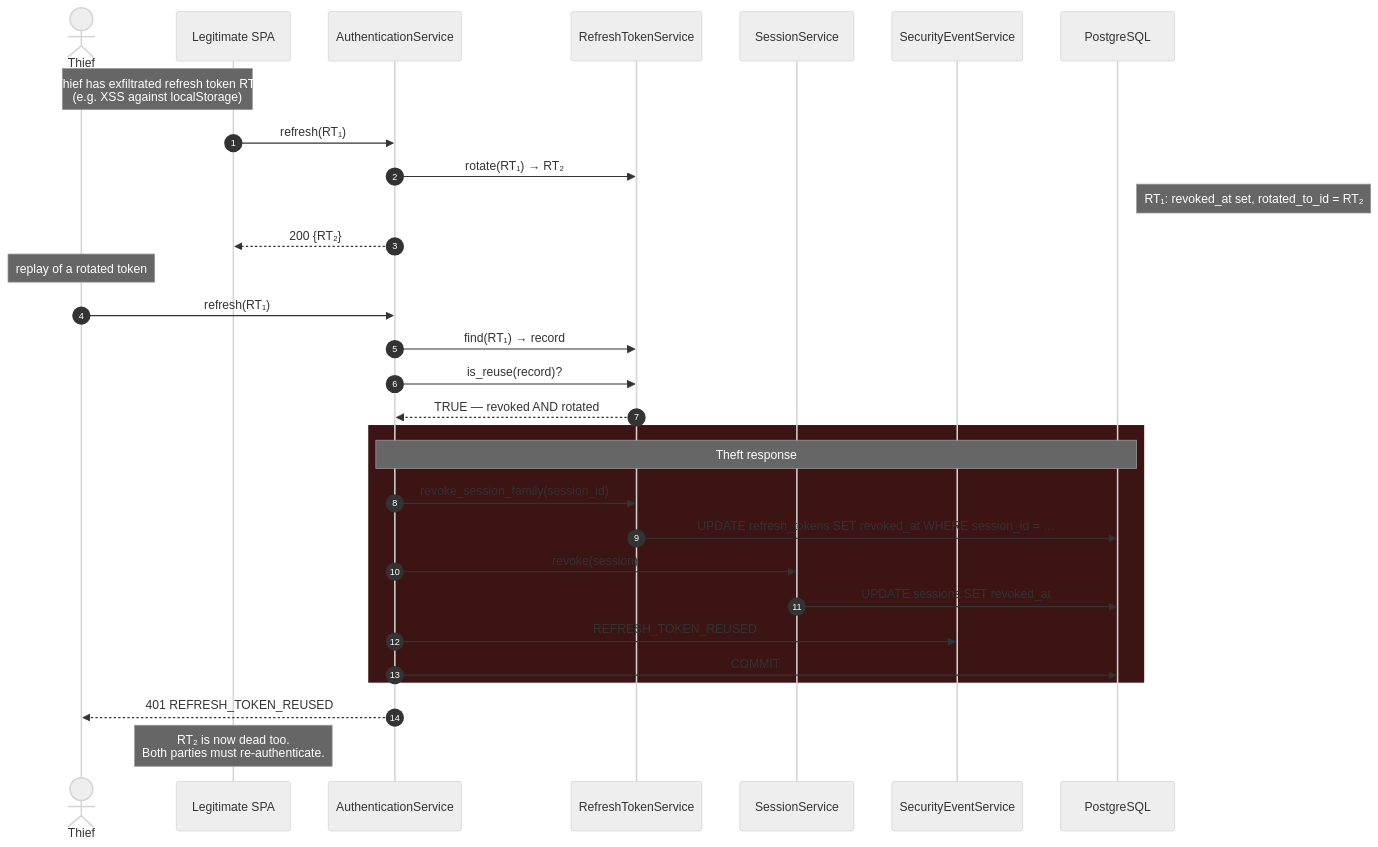
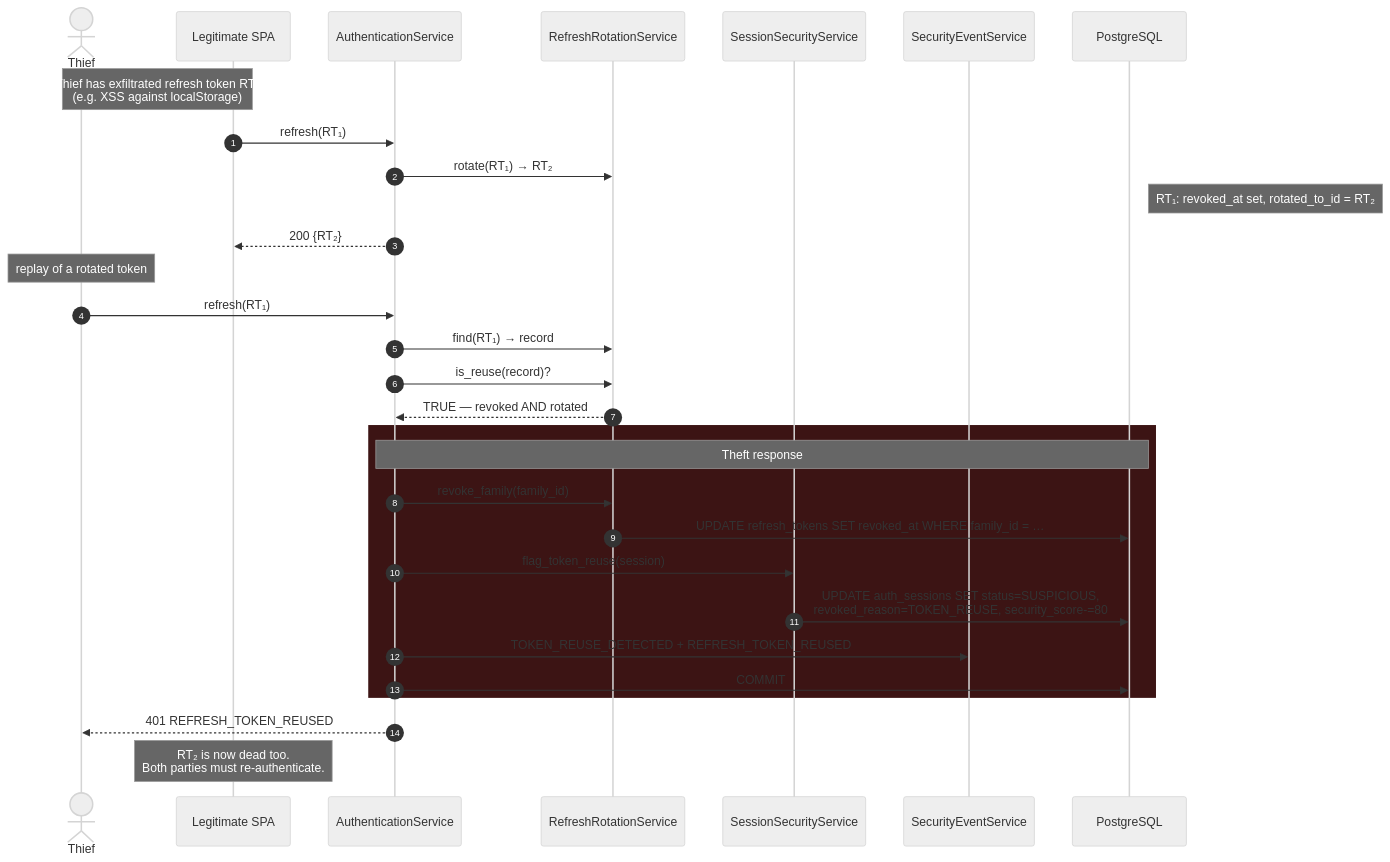
One commit to Umair-zaka-ui/ai-agent-control-tower changed the second of 4 diagrams in docs/architecture/sequences/02-token-refresh-and-reuse.md. Above: the diagram before and after it, drawn with Mermaid (neutral theme). The commit also changed other lines of this file and 15 other files, not shown here.

````diff
--- a/docs/architecture/sequences/02-token-refresh-and-reuse.md
+++ b/docs/architecture/sequences/02-token-refresh-and-reuse.md
@@ -53,37 +53,37 @@
 ```mermaid
 sequenceDiagram
     autonumber
     actor Thief
     participant SPA as Legitimate SPA
     participant A as AuthenticationService
-    participant RT as RefreshTokenService
-    participant S as SessionService
+    participant RT as RefreshRotationService
+    participant S as SessionSecurityService
     participant EV as SecurityEventService
     participant DB as PostgreSQL
 
     Note over Thief,SPA: Thief has exfiltrated refresh token RT₁<br/>(e.g. XSS against localStorage)
 
     SPA->>A: refresh(RT₁)
     A->>RT: rotate(RT₁) → RT₂
     Note right of DB: RT₁: revoked_at set, rotated_to_id = RT₂
     A-->>SPA: 200 {RT₂}
 
     Note over Thief: replay of a rotated token
     Thief->>A: refresh(RT₁)
     A->>RT: find(RT₁) → record
     A->>RT: is_reuse(record)?
     RT-->>A: TRUE — revoked AND rotated
 
     rect rgb(60,20,20)
     Note over A,DB: Theft response
-    A->>RT: revoke_session_family(session_id)
-    RT->>DB: UPDATE refresh_tokens SET revoked_at WHERE session_id = …
-    A->>S: revoke(session)
-    S->>DB: UPDATE sessions SET revoked_at
-    A->>EV: REFRESH_TOKEN_REUSED
+    A->>RT: revoke_family(family_id)
+    RT->>DB: UPDATE refresh_tokens SET revoked_at WHERE family_id = …
+    A->>S: flag_token_reuse(session)
+    S->>DB: UPDATE auth_sessions SET status=SUSPICIOUS,<br/>revoked_reason=TOKEN_REUSE, security_score-=80
+    A->>EV: TOKEN_REUSE_DETECTED + REFRESH_TOKEN_REUSED
     A->>DB: COMMIT
     end
 
     A-->>Thief: 401 REFRESH_TOKEN_REUSED
     Note over SPA: RT₂ is now dead too.<br/>Both parties must re-authenticate.
 ```
````
